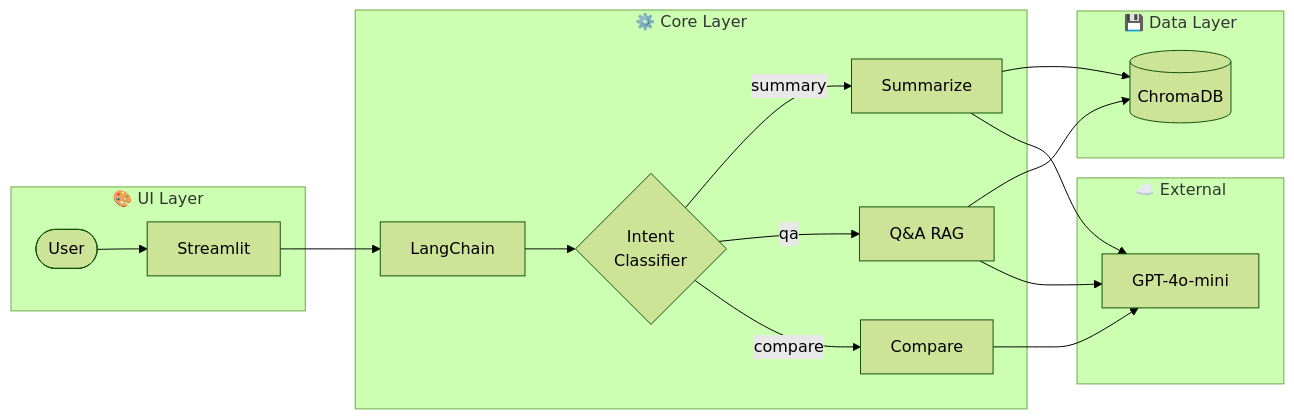
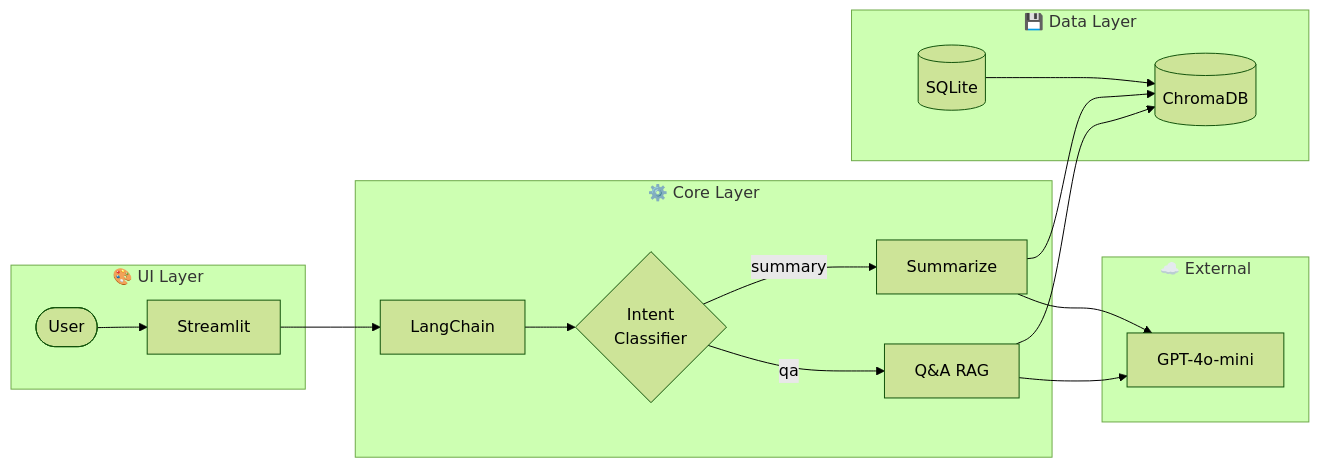
Before and after one commit to sammy0329/ai-review-analyst: the diagram in README.md, drawn with Mermaid (forest theme). The commit also changed other lines of this file, not shown here.

````diff
--- a/README.md
+++ b/README.md
@@ -68,25 +69,24 @@
 ```mermaid
 flowchart LR
     subgraph UI["🎨 UI Layer"]
         User([User]) --> Streamlit[Streamlit]
     end
 
     subgraph Core["⚙️ Core Layer"]
         Streamlit --> LC[LangChain]
         LC --> Router{Intent\nClassifier}
         Router -->|summary| Sum[Summarize]
         Router -->|qa| QA[Q&A RAG]
-        Router -->|compare| Comp[Compare]
     end
 
     subgraph Data["💾 Data Layer"]
-        QA --> Chroma[(ChromaDB)]
+        SQLite[(SQLite)] --> Chroma[(ChromaDB)]
+        QA --> Chroma
         Sum --> Chroma
     end
 
     subgraph External["☁️ External"]
         Sum --> LLM[GPT-4o-mini]
         QA --> LLM
-        Comp --> LLM
     end
 ```
````
